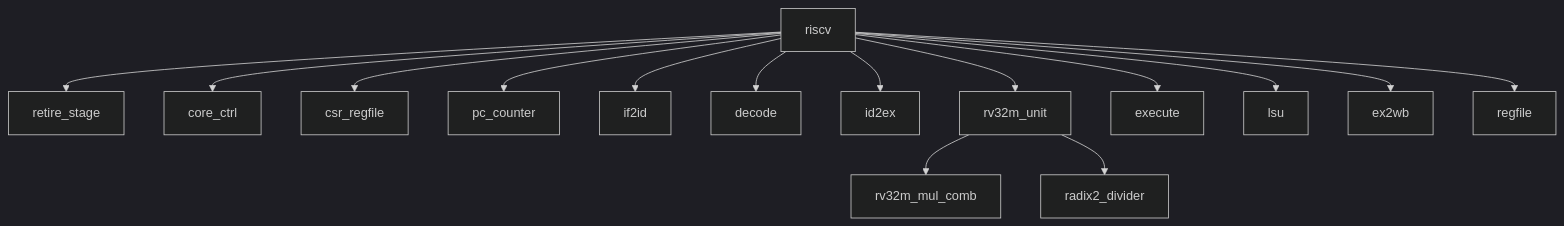
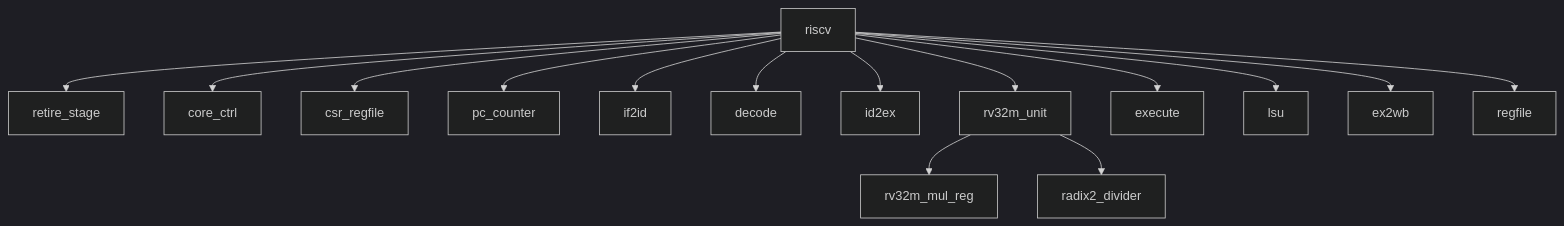
Before and after one commit to HeTPort/Rsicv-soc: the second of 3 diagrams in doc/MODULE_DEPENDENCY_VIEW.md, drawn with Mermaid (dark theme). The commit also changed other lines of this file and 71 other files, not shown here.

````diff
--- a/doc/MODULE_DEPENDENCY_VIEW.md
+++ b/doc/MODULE_DEPENDENCY_VIEW.md
@@ -38,17 +38,17 @@
 ```mermaid
 flowchart TD
   CPU["riscv"] --> RET["retire_stage"]
   CPU --> CTRL["core_ctrl"]
   CPU --> CSR["csr_regfile"]
   CPU --> PC["pc_counter"]
   CPU --> IFID["if2id"]
   CPU --> DEC["decode"]
   CPU --> IDEX["id2ex"]
   CPU --> M["rv32m_unit"]
-  M --> MUL["rv32m_mul_comb"]
+  M --> MUL["rv32m_mul_reg"]
   M --> DIV["radix2_divider"]
   CPU --> EX["execute"]
   CPU --> LSU["lsu"]
   CPU --> EXWB["ex2wb"]
   CPU --> RF["regfile"]
 ```
````
